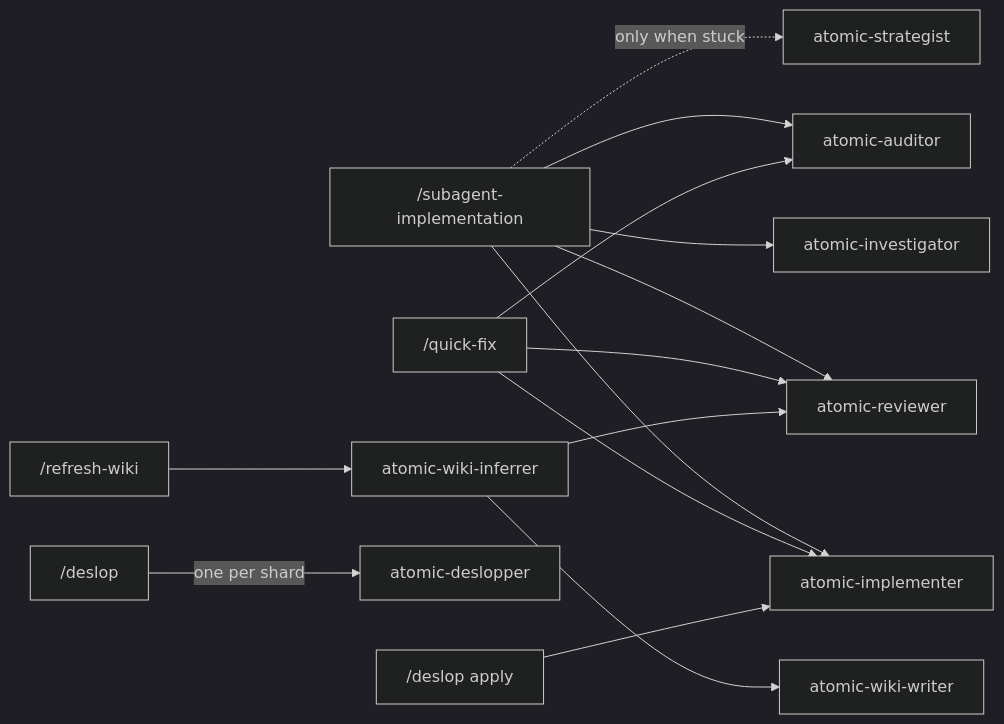
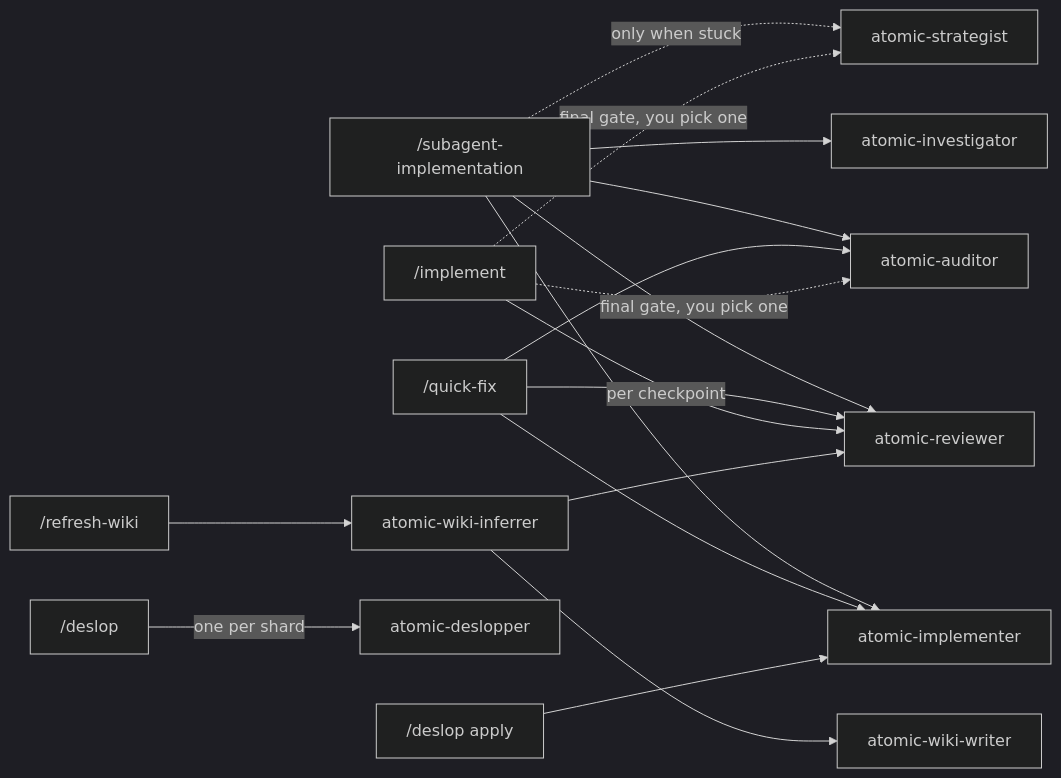
The diagram in docs/reference/agents.md (damusix/atomic-claude), drawn with Mermaid (dark theme) before and after one commit. The commit also changed other lines of this file and 12 other files, not shown here.

First line of the commit message:
feat: add /implement, main-agent implementation loop

````diff
--- a/docs/reference/agents.md
+++ b/docs/reference/agents.md
@@ -10,18 +10,21 @@
 ```mermaid
 flowchart LR
     accTitle: Agent dispatch topology
-    accDescr: /subagent-implementation dispatches the investigator, implementer, reviewer, and auditor, and the strategist only when stuck. /quick-fix runs the same implementer, reviewer, and auditor without a spec. /refresh-wiki dispatches the wiki-inferrer, which dispatches the wiki-writer and the reviewer. /deslop fans out one deslopper per shard, and /deslop apply drives the implementer.
+    accDescr: /subagent-implementation dispatches the investigator, implementer, reviewer, and auditor, and the strategist only when stuck. /quick-fix runs the same implementer, reviewer, and auditor without a spec. /implement dispatches no implementer at all, driving the reviewer once per checkpoint and one final gate you choose. /refresh-wiki dispatches the wiki-inferrer, which dispatches the wiki-writer and the reviewer. /deslop fans out one deslopper per shard, and /deslop apply drives the implementer.
     SI["/subagent-implementation"] --> INV["atomic-investigator"]
     SI --> IMP["atomic-implementer"]
     SI --> REV["atomic-reviewer"]
     SI --> AUD["atomic-auditor"]
     SI -.->|only when stuck| STR["atomic-strategist"]
     QF["/quick-fix"] --> IMP
     QF --> REV
     QF --> AUD
+    IM["/implement"] -->|per checkpoint| REV
+    IM -.->|final gate, you pick one| AUD
+    IM -.->|final gate, you pick one| STR
     RW["/refresh-wiki"] --> WI["atomic-wiki-inferrer"]
     WI --> WW["atomic-wiki-writer"]
     WI --> REV
     DS["/deslop"] -->|one per shard| DSL["atomic-deslopper"]
     DSA["/deslop apply"] --> IMP
 ```
````
